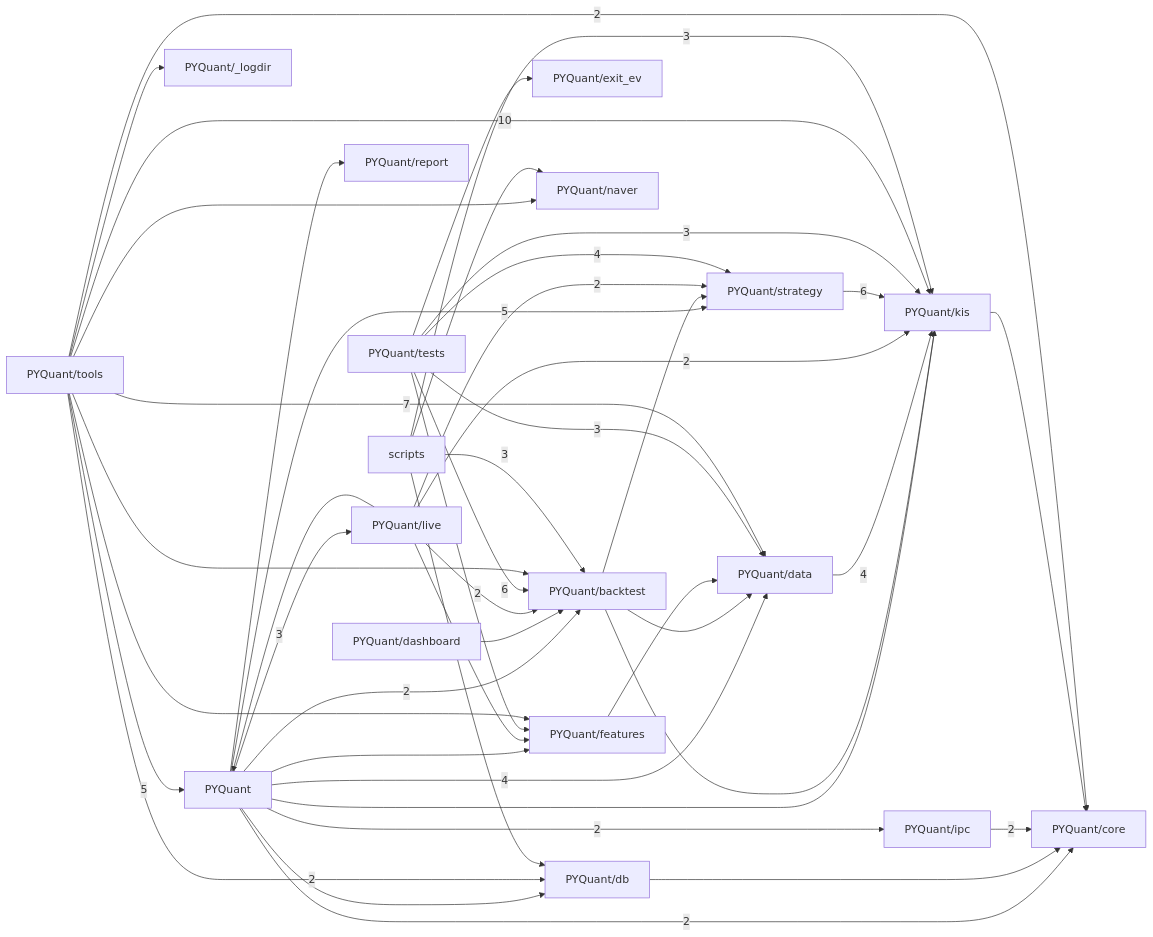
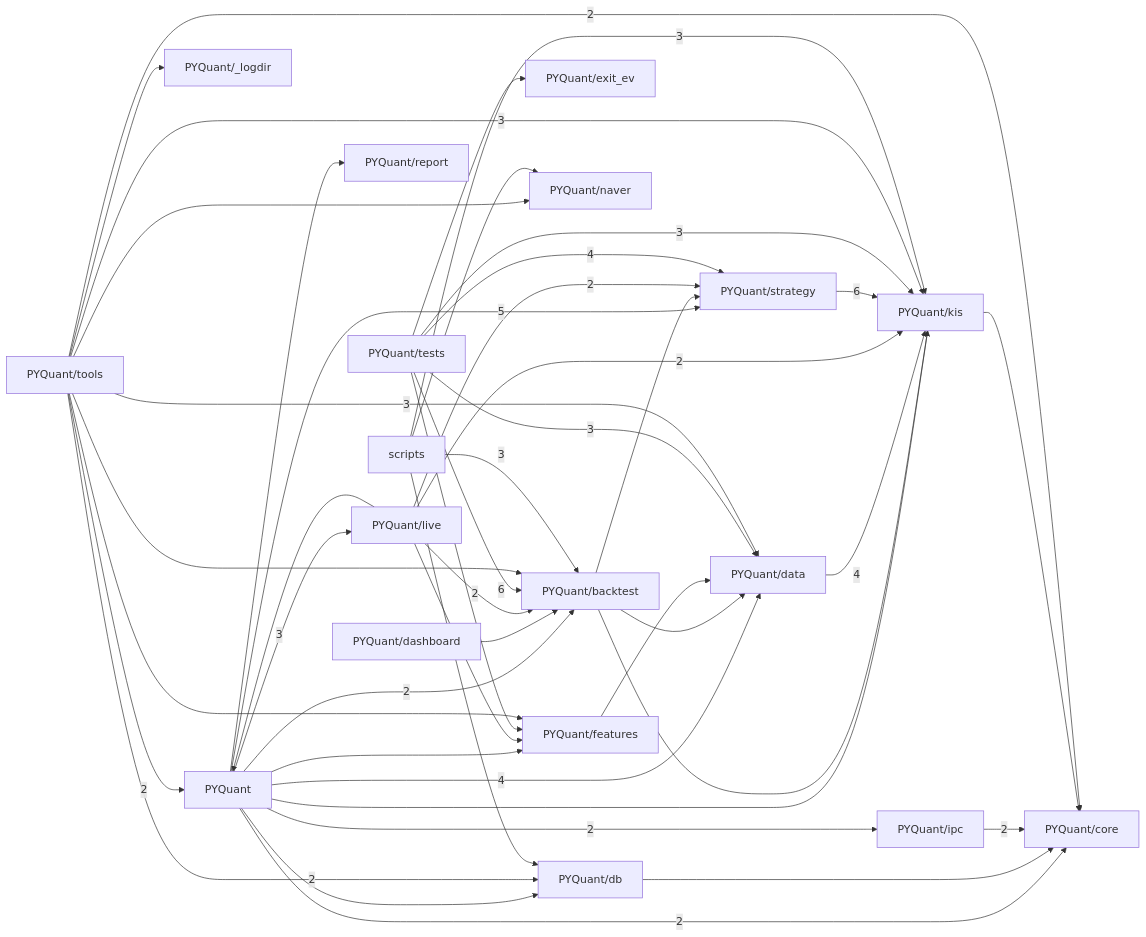
The third of 3 diagrams in docs/CODE_GRAPH.md (pypy8171/Quant), drawn with Mermaid before and after one commit. The commit also changed other lines of this file and 117 other files, not shown here.

````diff
--- a/docs/CODE_GRAPH.md
+++ b/docs/CODE_GRAPH.md
@@ -811,65 +781,65 @@
 ```mermaid
 graph LR
   p_PYQuant["PYQuant"]
   p_PYQuant__logdir["PYQuant/_logdir"]
   p_PYQuant_backtest["PYQuant/backtest"]
   p_PYQuant_core["PYQuant/core"]
   p_PYQuant_dashboard["PYQuant/dashboard"]
   p_PYQuant_data["PYQuant/data"]
   p_PYQuant_db["PYQuant/db"]
   p_PYQuant_exit_ev["PYQuant/exit_ev"]
   p_PYQuant_features["PYQuant/features"]
   p_PYQuant_ipc["PYQuant/ipc"]
   p_PYQuant_kis["PYQuant/kis"]
   p_PYQuant_live["PYQuant/live"]
   p_PYQuant_naver["PYQuant/naver"]
   p_PYQuant_report["PYQuant/report"]
   p_PYQuant_strategy["PYQuant/strategy"]
   p_PYQuant_tests["PYQuant/tests"]
   p_PYQuant_tools["PYQuant/tools"]
   p_scripts["scripts"]
   p_PYQuant -->|2| p_PYQuant_backtest
   p_PYQuant -->|2| p_PYQuant_core
   p_PYQuant -->|4| p_PYQuant_data
   p_PYQuant --> p_PYQuant_db
   p_PYQuant --> p_PYQuant_features
   p_PYQuant -->|2| p_PYQuant_ipc
   p_PYQuant --> p_PYQuant_kis
   p_PYQuant -->|3| p_PYQuant_live
   p_PYQuant --> p_PYQuant_report
   p_PYQuant -->|5| p_PYQuant_strategy
   p_PYQuant_backtest --> p_PYQuant_data
   p_PYQuant_backtest --> p_PYQuant_kis
   p_PYQuant_backtest --> p_PYQuant_strategy
   p_PYQuant_dashboard --> p_PYQuant_backtest
   p_PYQuant_data -->|4| p_PYQuant_kis
   p_PYQuant_db --> p_PYQuant_core
   p_PYQuant_features --> p_PYQuant_data
   p_PYQuant_ipc -->|2| p_PYQuant_core
   p_PYQuant_kis --> p_PYQuant_core
   p_PYQuant_live --> p_PYQuant
   p_PYQuant_live -->|2| p_PYQuant_backtest
   p_PYQuant_live --> p_PYQuant_features
   p_PYQuant_live -->|2| p_PYQuant_kis
   p_PYQuant_live -->|2| p_PYQuant_strategy
   p_PYQuant_strategy -->|6| p_PYQuant_kis
   p_PYQuant_tests -->|6| p_PYQuant_backtest
   p_PYQuant_tests -->|3| p_PYQuant_data
   p_PYQuant_tests --> p_PYQuant_exit_ev
   p_PYQuant_tests --> p_PYQuant_features
   p_PYQuant_tests -->|3| p_PYQuant_kis
   p_PYQuant_tests -->|4| p_PYQuant_strategy
-  p_PYQuant_tools -->|5| p_PYQuant
+  p_PYQuant_tools -->|2| p_PYQuant
   p_PYQuant_tools --> p_PYQuant__logdir
   p_PYQuant_tools --> p_PYQuant_backtest
   p_PYQuant_tools -->|2| p_PYQuant_core
-  p_PYQuant_tools -->|7| p_PYQuant_data
+  p_PYQuant_tools -->|3| p_PYQuant_data
   p_PYQuant_tools -->|2| p_PYQuant_db
   p_PYQuant_tools --> p_PYQuant_features
-  p_PYQuant_tools -->|10| p_PYQuant_kis
+  p_PYQuant_tools -->|3| p_PYQuant_kis
   p_PYQuant_tools --> p_PYQuant_naver
   p_scripts -->|3| p_PYQuant_backtest
   p_scripts --> p_PYQuant_db
   p_scripts -->|3| p_PYQuant_kis
   p_scripts --> p_PYQuant_naver
 ```
````
